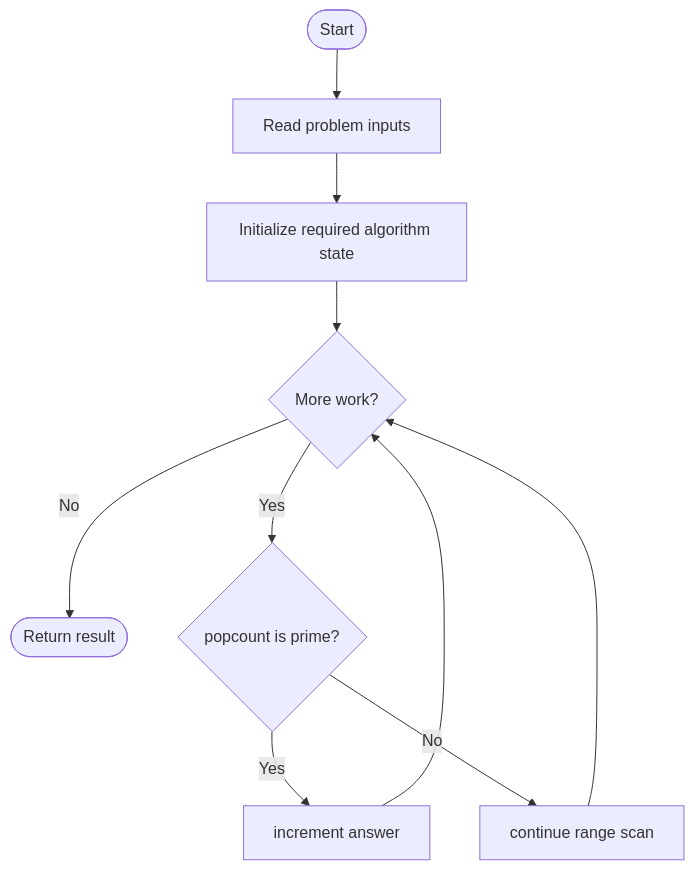
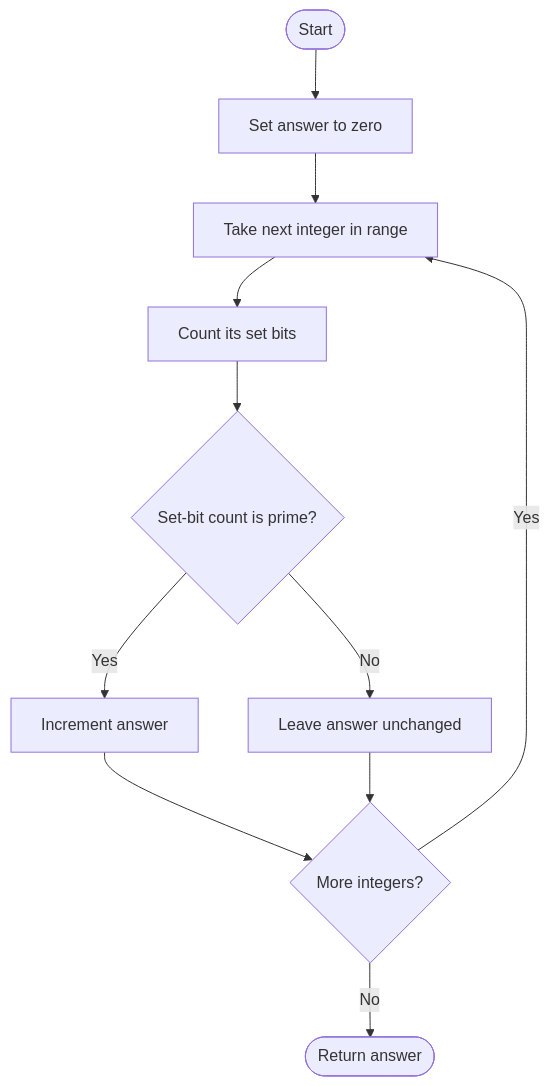
Before and after one commit to SAIDEEPBHANGE/C-CPP-Codes: the diagram in LeetCode/762/README.md, drawn with Mermaid. The commit also changed other lines of this file and 196 other files, not shown here.

````diff
--- a/LeetCode/762/README.md
+++ b/LeetCode/762/README.md
@@ -13,12 +38,13 @@
 ```mermaid
 flowchart TD
-    A([Start]) --> B[Read problem inputs]
-    B --> C[Initialize required algorithm state]
-    C --> D{More work?}
-    D -- No --> Z([Return result])
-    D -- Yes --> E{popcount is prime?}
-    E -- Yes --> F[increment answer]
-    E -- No --> G[continue range scan]
-    F --> D
-    G --> D
+    A([Start]) --> B[Set answer to zero]
+    B --> C[Take next integer in range]
+    C --> D[Count its set bits]
+    D --> E{Set-bit count is prime?}
+    E -- Yes --> F[Increment answer]
+    E -- No --> G[Leave answer unchanged]
+    F --> H{More integers?}
+    G --> H
+    H -- Yes --> C
+    H -- No --> I([Return answer])
 ```
````
